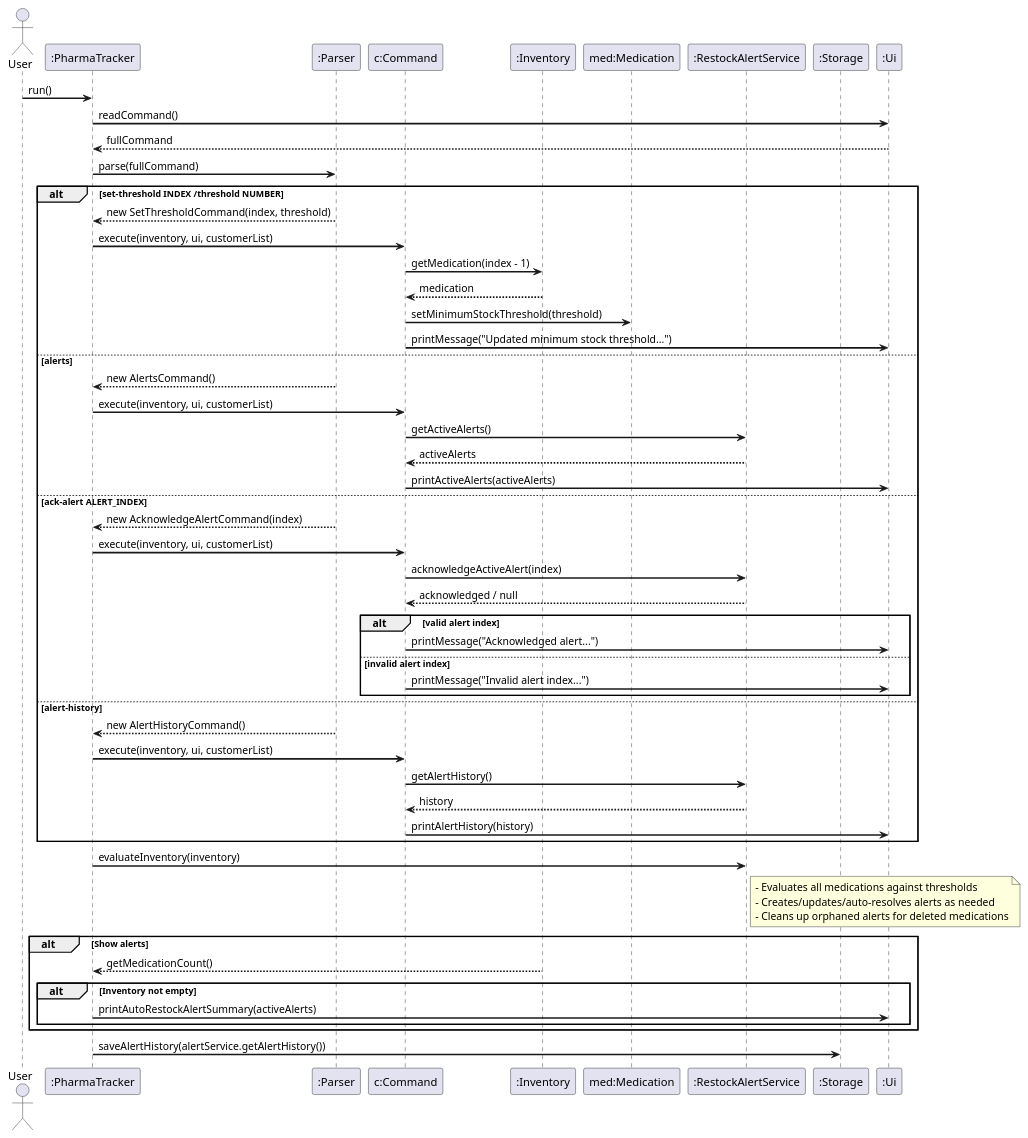
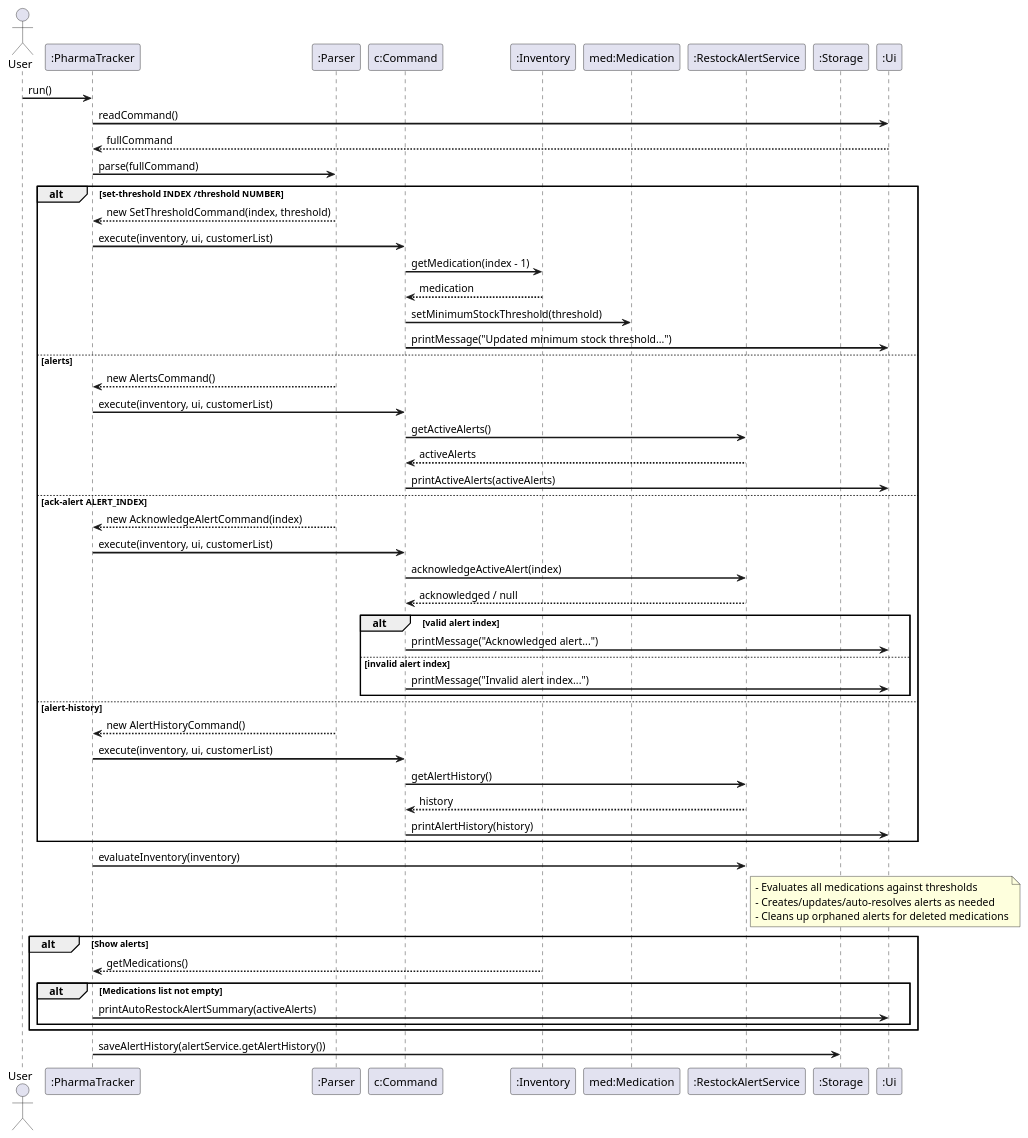
One commit to alsonsim/tp changed the diagram in docs/diagrams/AutoRestockAlertSequence.puml. Above: the diagram before and after it, drawn with PlantUML. The commit also changed 4 other files, not shown here.

```diff
--- a/docs/diagrams/AutoRestockAlertSequence.puml
+++ b/docs/diagrams/AutoRestockAlertSequence.puml
@@ -1,66 +1,66 @@
 @startuml
 skinparam backgroundColor white
 skinparam sequenceArrowThickness 2
 
 actor User
 participant ":PharmaTracker" as PT
 participant ":Parser" as Parser
 participant "c:Command" as Cmd
 participant ":Inventory" as Inv
 participant "med:Medication" as Med
 participant ":RestockAlertService" as AlertService
 participant ":Storage" as Storage
 participant ":Ui" as Ui
 
 User -> PT : run()
 PT -> Ui : readCommand()
 Ui --> PT : fullCommand
 PT -> Parser : parse(fullCommand)
 
 alt set-threshold INDEX /threshold NUMBER
     Parser --> PT : new SetThresholdCommand(index, threshold)
     PT -> Cmd : execute(inventory, ui, customerList)
     Cmd -> Inv : getMedication(index - 1)
     Inv --> Cmd : medication
     Cmd -> Med : setMinimumStockThreshold(threshold)
     Cmd -> Ui : printMessage("Updated minimum stock threshold...")
 else alerts
     Parser --> PT : new AlertsCommand()
     PT -> Cmd : execute(inventory, ui, customerList)
     Cmd -> AlertService : getActiveAlerts()
     AlertService --> Cmd : activeAlerts
     Cmd -> Ui : printActiveAlerts(activeAlerts)
 else ack-alert ALERT_INDEX
     Parser --> PT : new AcknowledgeAlertCommand(index)
     PT -> Cmd : execute(inventory, ui, customerList)
     Cmd -> AlertService : acknowledgeActiveAlert(index)
     AlertService --> Cmd : acknowledged / null
     alt valid alert index
         Cmd -> Ui : printMessage("Acknowledged alert...")
     else invalid alert index
         Cmd -> Ui : printMessage("Invalid alert index...")
     end
 else alert-history
     Parser --> PT : new AlertHistoryCommand()
     PT -> Cmd : execute(inventory, ui, customerList)
     Cmd -> AlertService : getAlertHistory()
     AlertService --> Cmd : history
     Cmd -> Ui : printAlertHistory(history)
 end
 
 PT -> AlertService : evaluateInventory(inventory)
 note right of AlertService
   - Evaluates all medications against thresholds
   - Creates/updates/auto-resolves alerts as needed
   - Cleans up orphaned alerts for deleted medications
 end note
 
 alt Show alerts
-    Inv --> PT : getMedicationCount()
-    alt Inventory not empty
+    Inv --> PT : getMedications()
+    alt Medications list not empty
         PT -> Ui : printAutoRestockAlertSummary(activeAlerts)
     end
 end
 
 PT -> Storage : saveAlertHistory(alertService.getAlertHistory())
 @enduml
```
